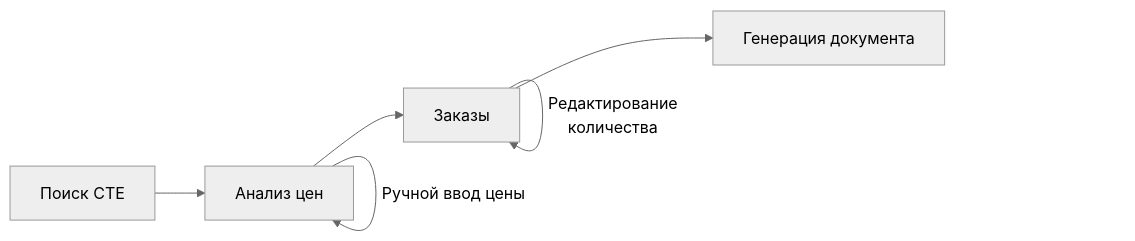
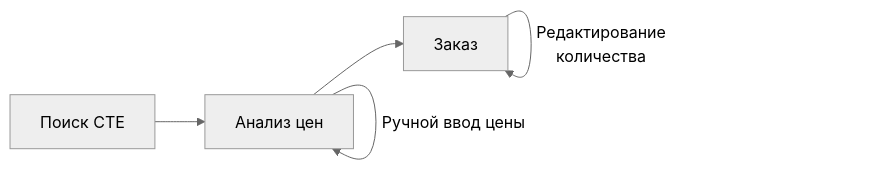
Before and after one commit to beer-bears-hack/intelligent-front: the second of 2 diagrams in README.md, drawn with Mermaid (neutral theme). The commit also changed other lines of this file and 22 other files, not shown here.

````diff
--- a/README.md
+++ b/README.md
@@ -127,10 +125,9 @@
 ```mermaid
 flowchart LR
     A["Поиск СТЕ"] --> B["Анализ цен"]
-    B --> C["Заказы"]
-    C --> D["Генерация документа"]
+    B --> C["Заказ"]
+    C -->|"Генерация документа"| C
 
-    B -->|"Фильтрация по региону,\nхарактеристикам, выбросам"| B
     B -->|"Ручной ввод цены"| B
     C -->|"Редактирование\nколичества"| C
 ```
````
